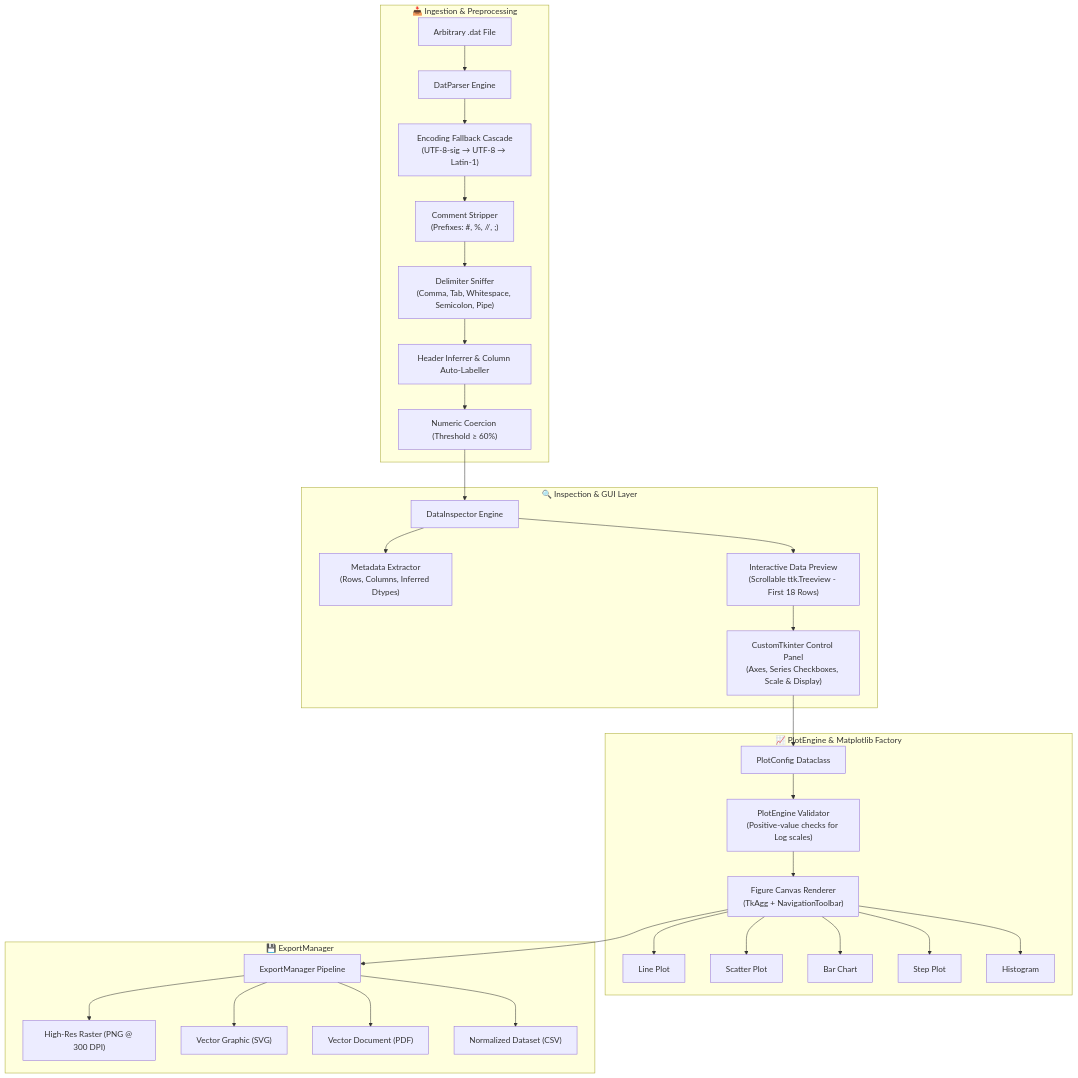
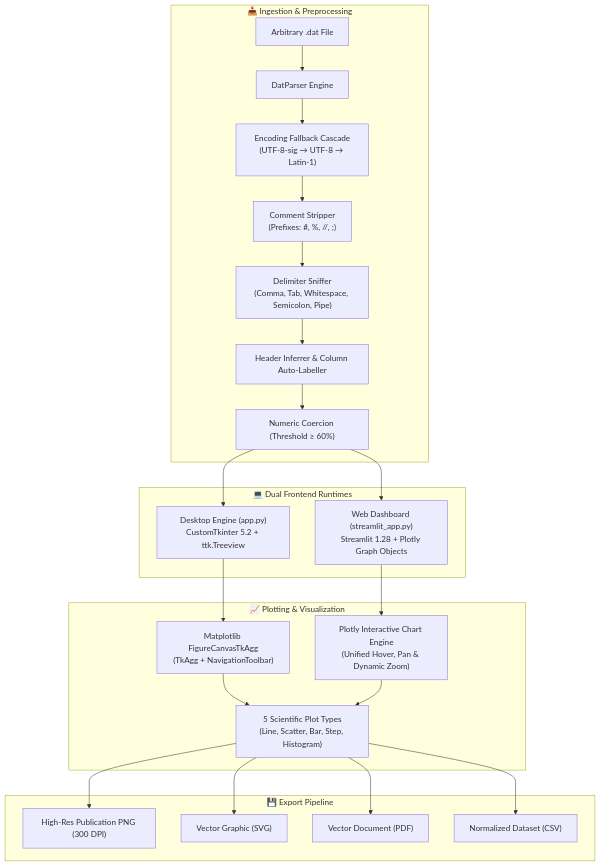
The diagram in README.md (harinarayana1457-cmyk/Xplot), drawn with Mermaid before and after one commit. The commit also changed other lines of this file and 2 other files, not shown here.

Commit message:
docs: document dual Desktop and Web runtimes, update titles, and add dependencies

````diff
--- a/README.md
+++ b/README.md
@@ -61,37 +64,30 @@
 ```mermaid
 flowchart TD
     subgraph INGESTION ["📥 Ingestion & Preprocessing"]
         A["Arbitrary .dat File"] --> B["DatParser Engine"]
         B --> C["Encoding Fallback Cascade<br>(UTF-8-sig &rarr; UTF-8 &rarr; Latin-1)"]
         C --> D["Comment Stripper<br>(Prefixes: #, %, //, ;)"]
         D --> E["Delimiter Sniffer<br>(Comma, Tab, Whitespace, Semicolon, Pipe)"]
         E --> F["Header Inferrer & Column Auto-Labeller"]
         F --> G["Numeric Coercion (Threshold &ge; 60%)"]
     end
 
-    subgraph INSPECTION ["🔍 Inspection & GUI Layer"]
-        G --> H["DataInspector Engine"]
-        H --> I["Metadata Extractor<br>(Rows, Columns, Inferred Dtypes)"]
-        H --> J["Interactive Data Preview<br>(Scrollable ttk.Treeview - First 18 Rows)"]
-        J --> K["CustomTkinter Control Panel<br>(Axes, Series Checkboxes, Scale & Display)"]
+    subgraph RUNTIMES ["💻 Dual Frontend Runtimes"]
+        G --> H1["Desktop Engine (app.py)<br>CustomTkinter 5.2 + ttk.Treeview"]
+        G --> H2["Web Dashboard (streamlit_app.py)<br>Streamlit 1.28 + Plotly Graph Objects"]
     end
 
-    subgraph RENDERING ["📈 PlotEngine & Matplotlib Factory"]
-        K --> L["PlotConfig Dataclass"]
-        L --> M["PlotEngine Validator<br>(Positive-value checks for Log scales)"]
-        M --> N["Figure Canvas Renderer<br>(TkAgg + NavigationToolbar)"]
-        N --> O1["Line Plot"]
-        N --> O2["Scatter Plot"]
-        N --> O3["Bar Chart"]
-        N --> O4["Step Plot"]
-        N --> O5["Histogram"]
+    subgraph RENDERING ["📈 Plotting & Visualization"]
+        H1 --> I1["Matplotlib FigureCanvasTkAgg<br>(TkAgg + NavigationToolbar)"]
+        H2 --> I2["Plotly Interactive Chart Engine<br>(Unified Hover, Pan & Dynamic Zoom)"]
+        I1 --> J["5 Scientific Plot Types<br>(Line, Scatter, Bar, Step, Histogram)"]
+        I2 --> J
     end
 
-    subgraph EXPORT ["💾 ExportManager"]
-        N --> P["ExportManager Pipeline"]
-        P --> Q1["High-Res Raster (PNG @ 300 DPI)"]
-        P --> Q2["Vector Graphic (SVG)"]
-        P --> Q3["Vector Document (PDF)"]
-        P --> Q4["Normalized Dataset (CSV)"]
+    subgraph EXPORT ["💾 Export Pipeline"]
+        J --> K1["High-Res Publication PNG (300 DPI)"]
+        J --> K2["Vector Graphic (SVG)"]
+        J --> K3["Vector Document (PDF)"]
+        J --> K4["Normalized Dataset (CSV)"]
     end
 ```
````
